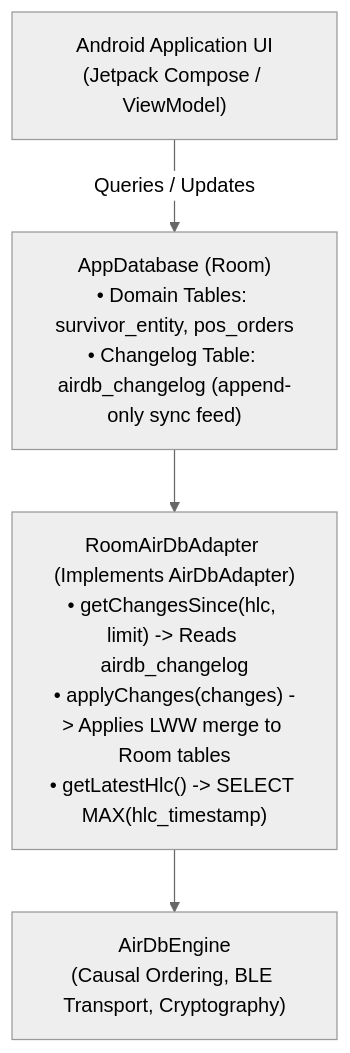
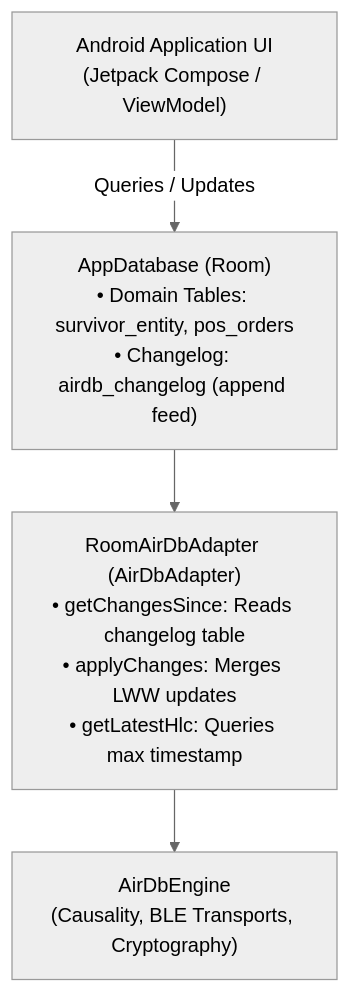
One commit to untacorp/airdb changed the diagram in docs/manual/persistence/room.md. Above: the diagram before and after it, drawn with Mermaid (neutral theme). The commit also changed 6 other files, not shown here.

Commit message:
docs: optimize mermaid label wrapping and responsive containment css

````diff
--- a/docs/manual/persistence/room.md
+++ b/docs/manual/persistence/room.md
@@ -9,11 +9,11 @@
 ```mermaid
 flowchart TD
     UI["Android Application UI<br/>(Jetpack Compose / ViewModel)"]
-    Room["AppDatabase (Room)<br/>• Domain Tables: survivor_entity, pos_orders<br/>• Changelog Table: airdb_changelog (append-only sync feed)"]
-    Adapter["RoomAirDbAdapter (Implements AirDbAdapter)<br/>• getChangesSince(hlc, limit) -> Reads airdb_changelog<br/>• applyChanges(changes) -> Applies LWW merge to Room tables<br/>• getLatestHlc() -> SELECT MAX(hlc_timestamp)"]
-    Engine["AirDbEngine<br/>(Causal Ordering, BLE Transport, Cryptography)"]
+    Room["AppDatabase (Room)<br/>• Domain Tables: survivor_entity, pos_orders<br/>• Changelog: airdb_changelog (append feed)"]
+    Adapter["RoomAirDbAdapter (AirDbAdapter)<br/>• getChangesSince: Reads changelog table<br/>• applyChanges: Merges LWW updates<br/>• getLatestHlc: Queries max timestamp"]
+    Engine["AirDbEngine<br/>(Causality, BLE Transports, Cryptography)"]
 
     UI -->|Queries / Updates| Room
     Room --> Adapter
     Adapter --> Engine
 ```
````
